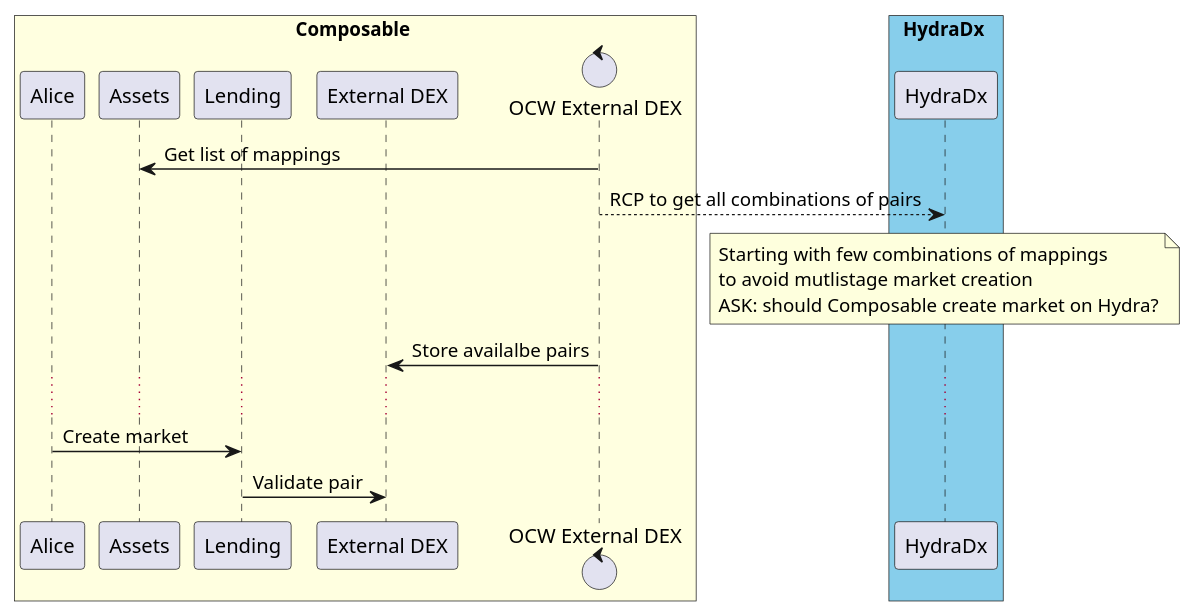
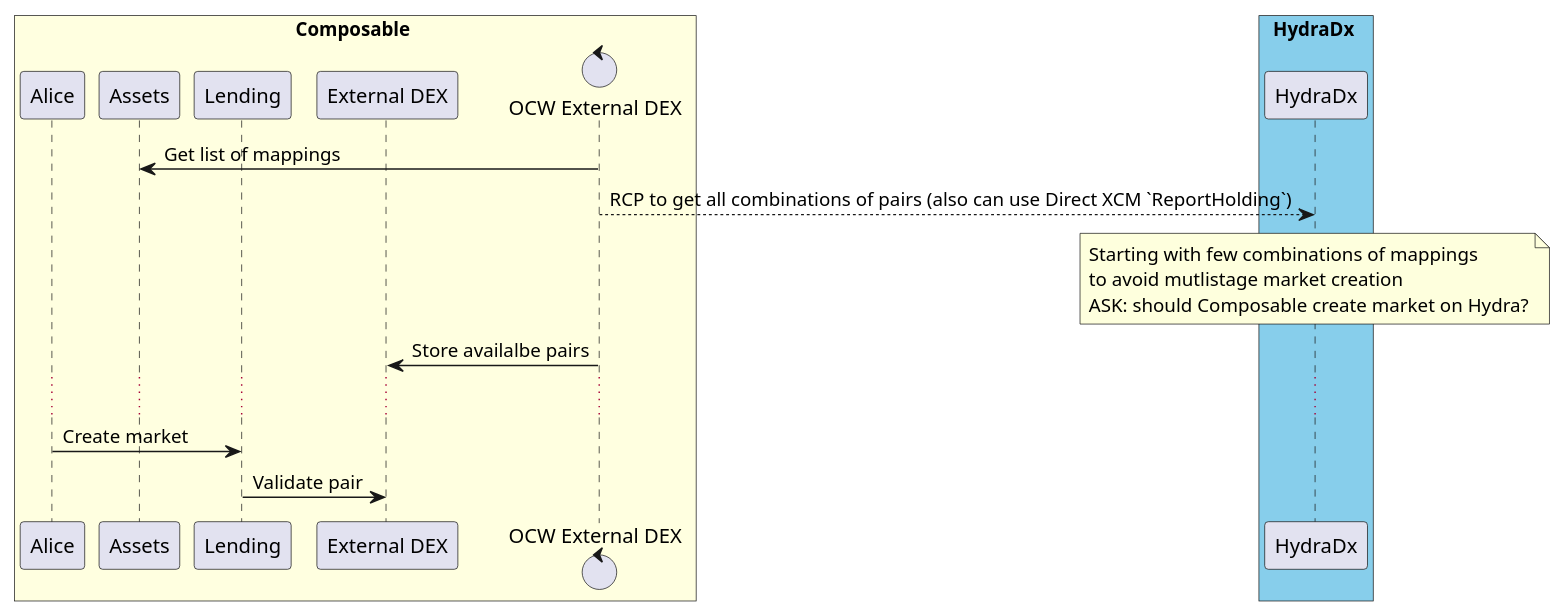
The diagram in frame/xcmp/external-pair-validation.plantuml (ComposableFi/composable), drawn with PlantUML before and after one commit. The commit also changed 2 other files, not shown here.

```diff
--- a/frame/xcmp/external-pair-validation.plantuml
+++ b/frame/xcmp/external-pair-validation.plantuml
@@ -1,32 +1,32 @@
 @startuml
 
 box Composable #LightYellow
   participant "Alice" as aa
   participant "Assets" as pas
   participant "Lending" as pl
   participant "External DEX" as pd
   control "OCW External DEX" as cd
 
 end box
 
 box HydraDx #SkyBlue
   participant "HydraDx" as pah
 end box
 
 cd -> pas : Get list of mappings
 
-cd --> pah : RCP to get all combinations of pairs
+cd --> pah : RCP to get all combinations of pairs (also can use Direct XCM `ReportHolding`)
 note over pah
     Starting with few combinations of mappings
     to avoid mutlistage market creation
     ASK: should Composable create market on Hydra?
 end note
 
 cd -> pd : Store availalbe pairs
 
 ...
 
 aa -> pl : Create market
 pl -> pd : Validate pair
 
 @enduml
```
